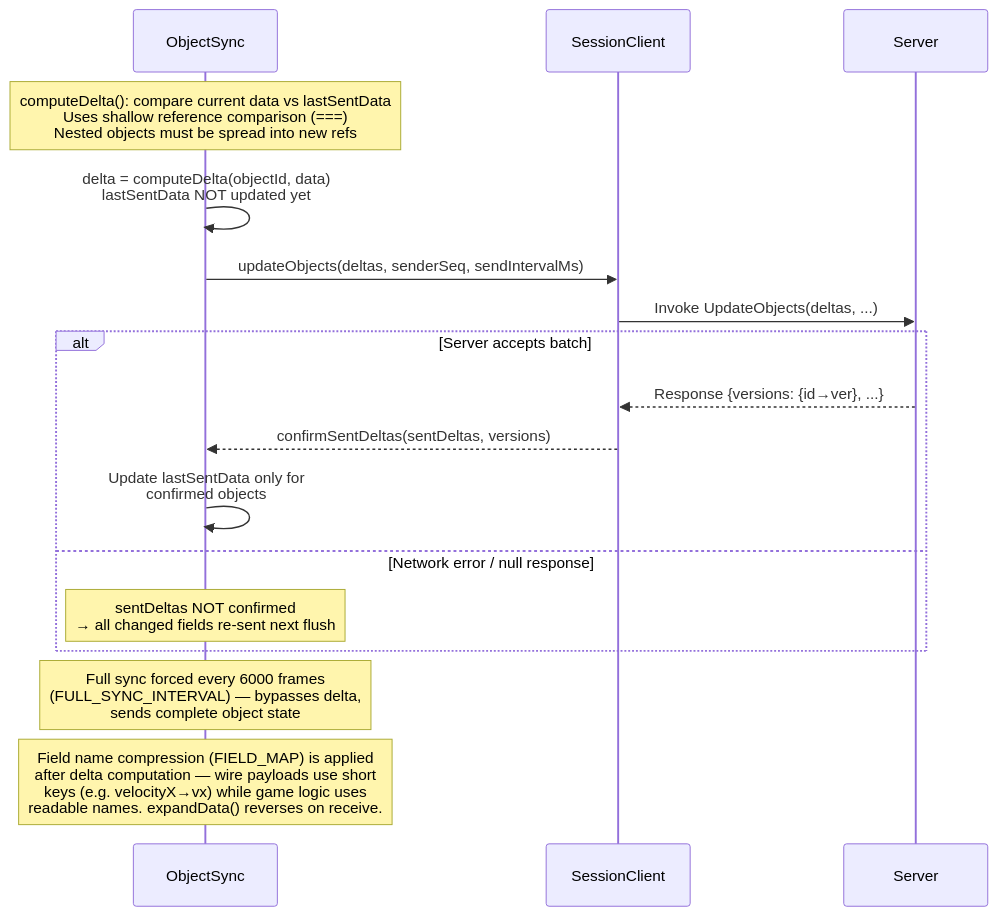
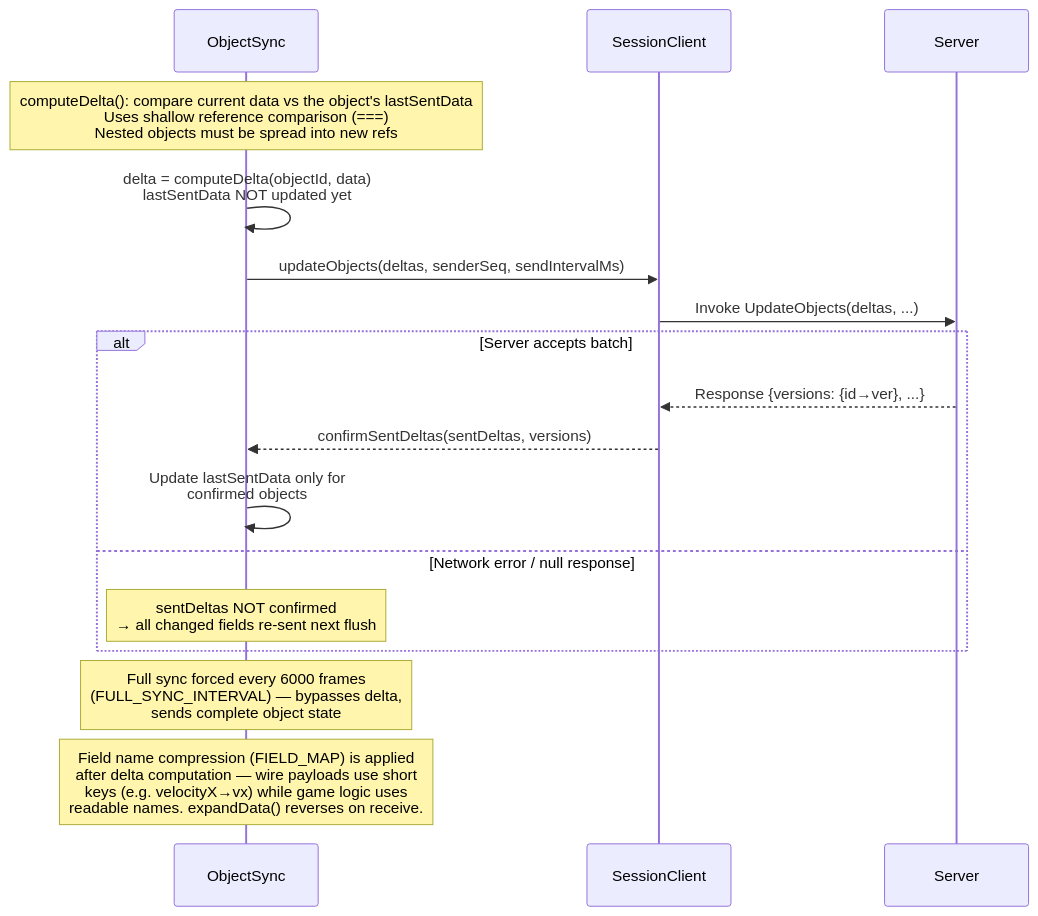
Diagram 29 of 36 in ARCHITECTURE.md (badvoidstar/astervoids), drawn with Mermaid before and after one commit. The commit also changed other lines of this file, not shown here.

Commit message:
Document debug-log.js load order and lastSentData record location

````diff
--- a/ARCHITECTURE.md
+++ b/ARCHITECTURE.md
@@ -1359,25 +1359,25 @@
 ```mermaid
 sequenceDiagram
     participant OS as ObjectSync
     participant SC as SessionClient
     participant SRV as Server
 
-    Note over OS: computeDelta(): compare current data vs lastSentData<br/>Uses shallow reference comparison (===)<br/>Nested objects must be spread into new refs
+    Note over OS: computeDelta(): compare current data vs the object's lastSentData<br/>Uses shallow reference comparison (===)<br/>Nested objects must be spread into new refs
 
     OS->>OS: delta = computeDelta(objectId, data)<br/>lastSentData NOT updated yet
 
     OS->>SC: updateObjects(deltas, senderSeq, sendIntervalMs)
     SC->>SRV: Invoke UpdateObjects(deltas, ...)
 
     alt Server accepts batch
         SRV-->>SC: Response {versions: {id→ver}, ...}
         SC-->>OS: confirmSentDeltas(sentDeltas, versions)
         OS->>OS: Update lastSentData only for<br/>confirmed objects
     else Network error / null response
         Note over OS: sentDeltas NOT confirmed<br/>→ all changed fields re-sent next flush
     end
 
     Note over OS: Full sync forced every 6000 frames<br/>(FULL_SYNC_INTERVAL) — bypasses delta,<br/>sends complete object state
 
     Note over OS: Field name compression (FIELD_MAP) is applied<br/>after delta computation — wire payloads use short<br/>keys (e.g. velocityX→vx) while game logic uses<br/>readable names. expandData() reverses on receive.
 ```
````
